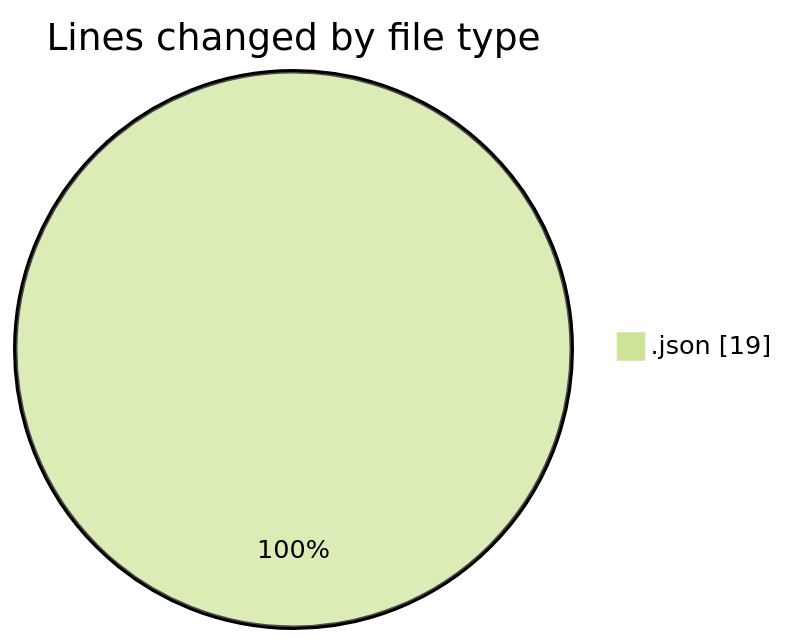
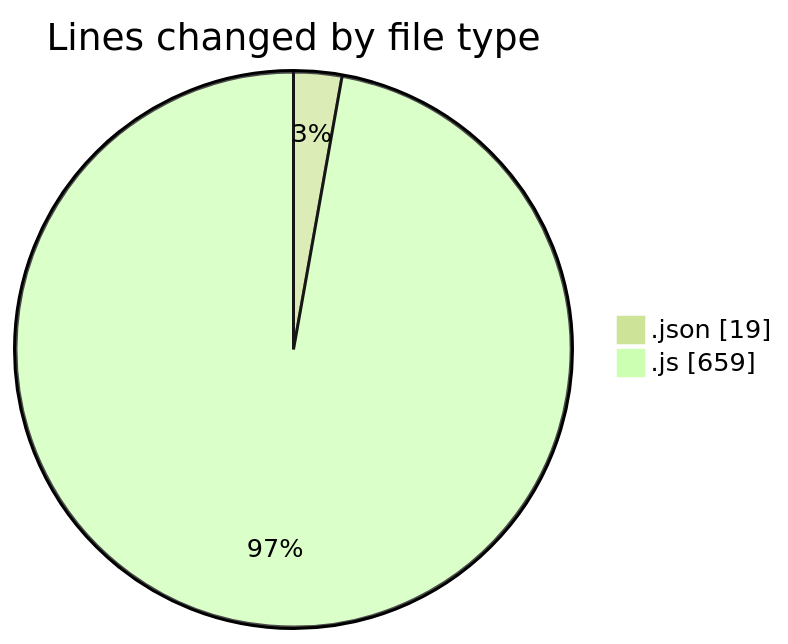
The first of 2 diagrams in 2025-07-15/eduwallet-main/README.md (lephambinh05/code-tracking), drawn with Mermaid (forest theme) before and after one commit. The commit also changed other lines of this file and 1 other file, not shown here.

````diff
--- a/2025-07-15/eduwallet-main/README.md
+++ b/2025-07-15/eduwallet-main/README.md
@@ -20,5 +26,6 @@
 ```mermaid
 pie showData
 title Lines changed by file type
 ".json" : 19
+".js" : 659
 ```
````
